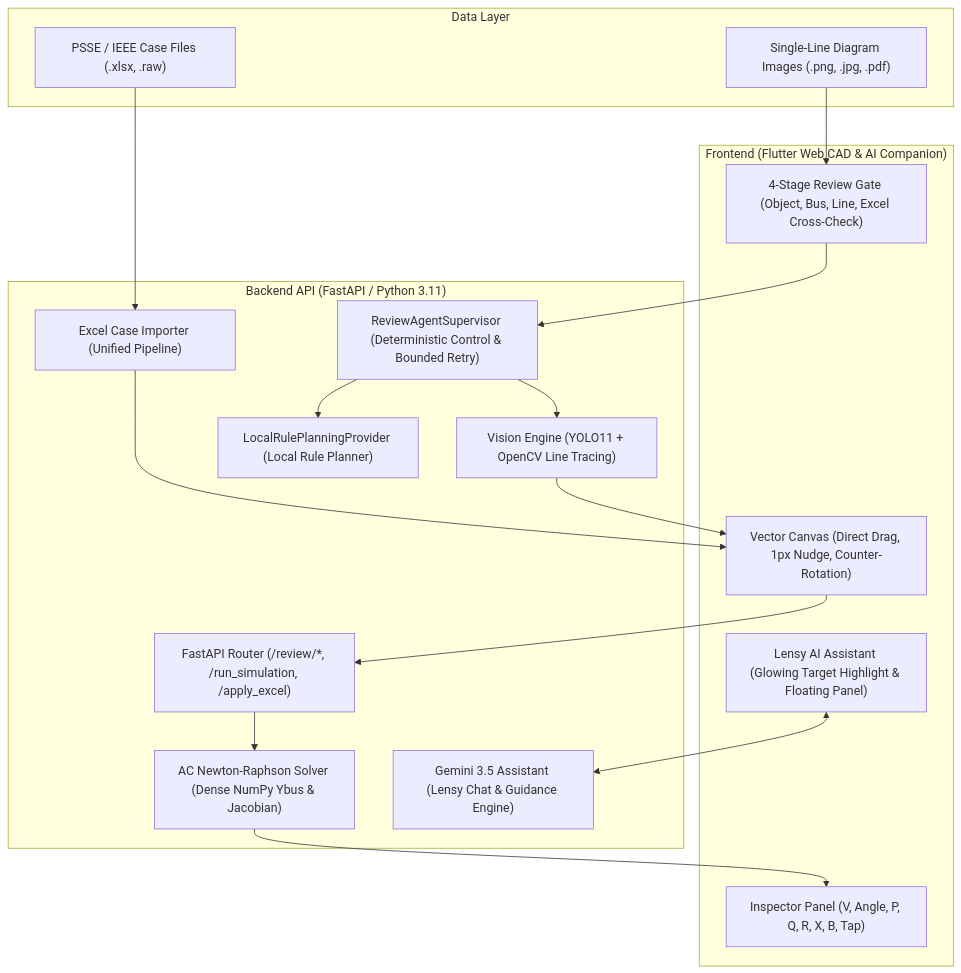
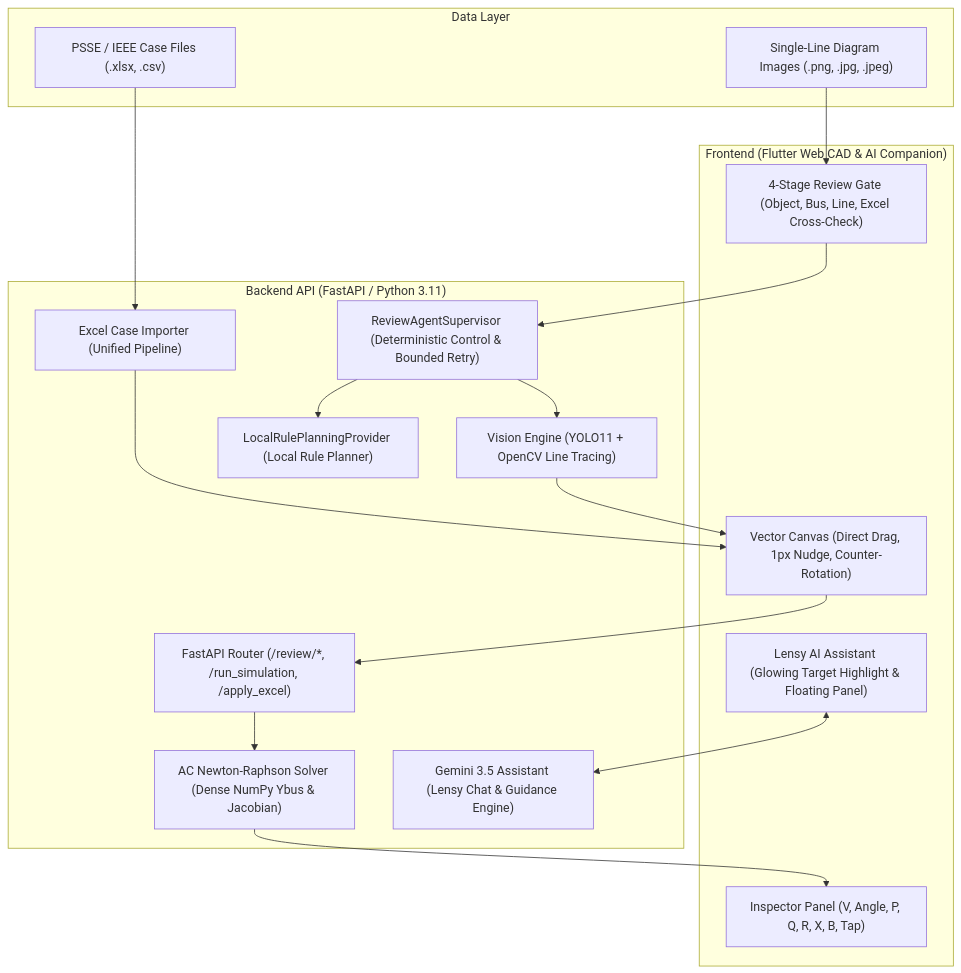
Before and after one commit to dptjddl285-ship-it/Powerflow-calculator: the diagram in README.md, drawn with Mermaid. The commit also changed other lines of this file and 7 other files, not shown here.

````diff
--- a/README.md
+++ b/README.md
@@ -108,36 +111,36 @@
 ```mermaid
 flowchart TB
     subgraph Client ["Frontend (Flutter Web CAD & AI Companion)"]
         UI["Vector Canvas (Direct Drag, 1px Nudge, Counter-Rotation)"]
         Review["4-Stage Review Gate (Object, Bus, Line, Excel Cross-Check)"]
         Inspector["Inspector Panel (V, Angle, P, Q, R, X, B, Tap)"]
         Lensy["Lensy AI Assistant (Glowing Target Highlight & Floating Panel)"]
     end
 
     subgraph Server ["Backend API (FastAPI / Python 3.11)"]
         Router["FastAPI Router (/review/*, /run_simulation, /apply_excel)"]
         Supervisor["ReviewAgentSupervisor (Deterministic Control & Bounded Retry)"]
         Planner["LocalRulePlanningProvider (Local Rule Planner)"]
         Agent["Gemini 3.5 Assistant (Lensy Chat & Guidance Engine)"]
         CV["Vision Engine (YOLO11 + OpenCV Line Tracing)"]
         Importer["Excel Case Importer (Unified Pipeline)"]
         Solver["AC Newton-Raphson Solver (Dense NumPy Ybus & Jacobian)"]
     end
 
     subgraph Data ["Data Layer"]
-        Excel["PSSE / IEEE Case Files (.xlsx, .raw)"]
-        Diagram["Single-Line Diagram Images (.png, .jpg, .pdf)"]
+        Excel["PSSE / IEEE Case Files (.xlsx, .csv)"]
+        Diagram["Single-Line Diagram Images (.png, .jpg, .jpeg)"]
     end
 
     Diagram --> Review
     Review --> Supervisor
     Supervisor --> Planner
     Supervisor --> CV
     Lensy <--> Agent
     Excel --> Importer
     CV --> UI
     Importer --> UI
     UI --> Router
     Router --> Solver
     Solver --> Inspector
 ```
````
